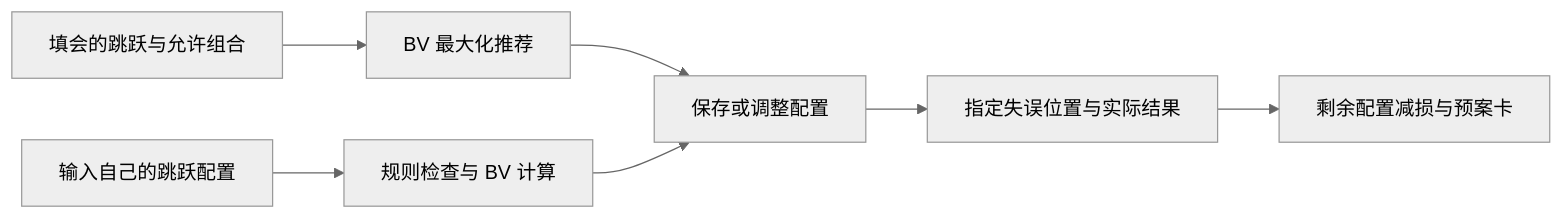
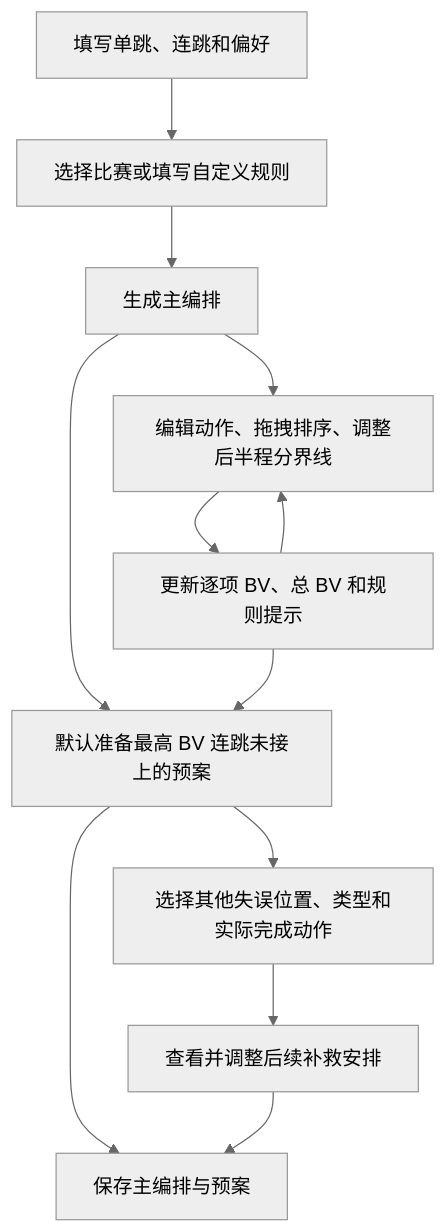
One commit to chuali-zi/Skating_lab changed the diagram in docs/PRD.md. Above: the diagram before and after it, drawn with Mermaid (neutral theme). The commit also changed other lines of this file and 3 other files, not shown here.

````diff
--- a/docs/PRD.md
+++ b/docs/PRD.md
@@ -276,9 +29,14 @@
 ```mermaid
-flowchart LR
-    A[填会的跳跃与允许组合] --> B[BV 最大化推荐]
-    C[输入自己的跳跃配置] --> D[规则检查与 BV 计算]
-    B --> E[保存或调整配置]
-    D --> E
-    E --> F[指定失误位置与实际结果]
-    F --> G[剩余配置减损与预案卡]
+flowchart TD
+    A["填写单跳、连跳和偏好"] --> B["选择比赛或填写自定义规则"]
+    B --> C["生成主编排"]
+    C --> D["编辑动作、拖拽排序、调整后半程分界线"]
+    D --> E["更新逐项 BV、总 BV 和规则提示"]
+    E --> D
+    C --> F["默认准备最高 BV 连跳未接上的预案"]
+    E --> F
+    F --> G["选择其他失误位置、类型和实际完成动作"]
+    G --> H["查看并调整后续补救安排"]
+    F --> I["保存主编排与预案"]
+    H --> I
 ```
````
